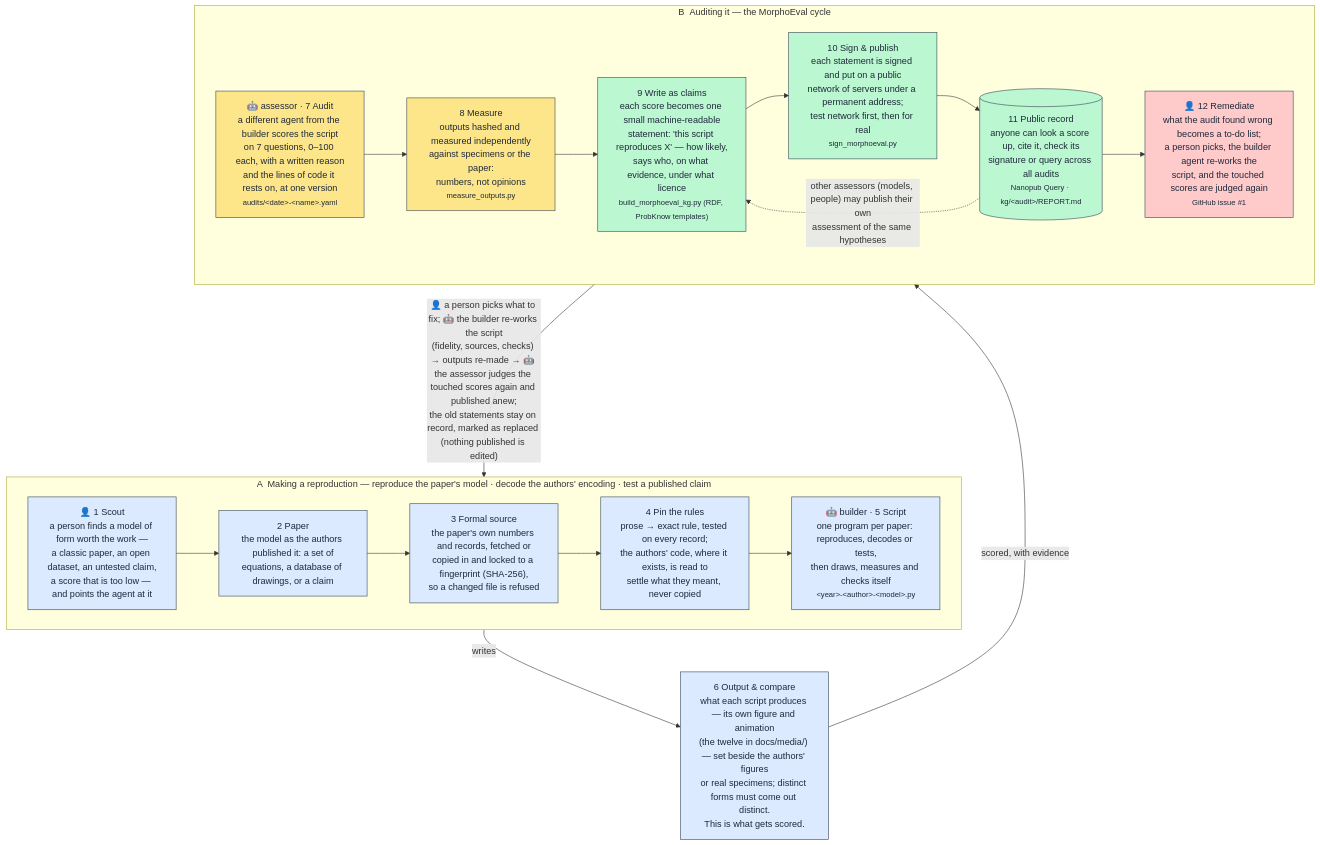
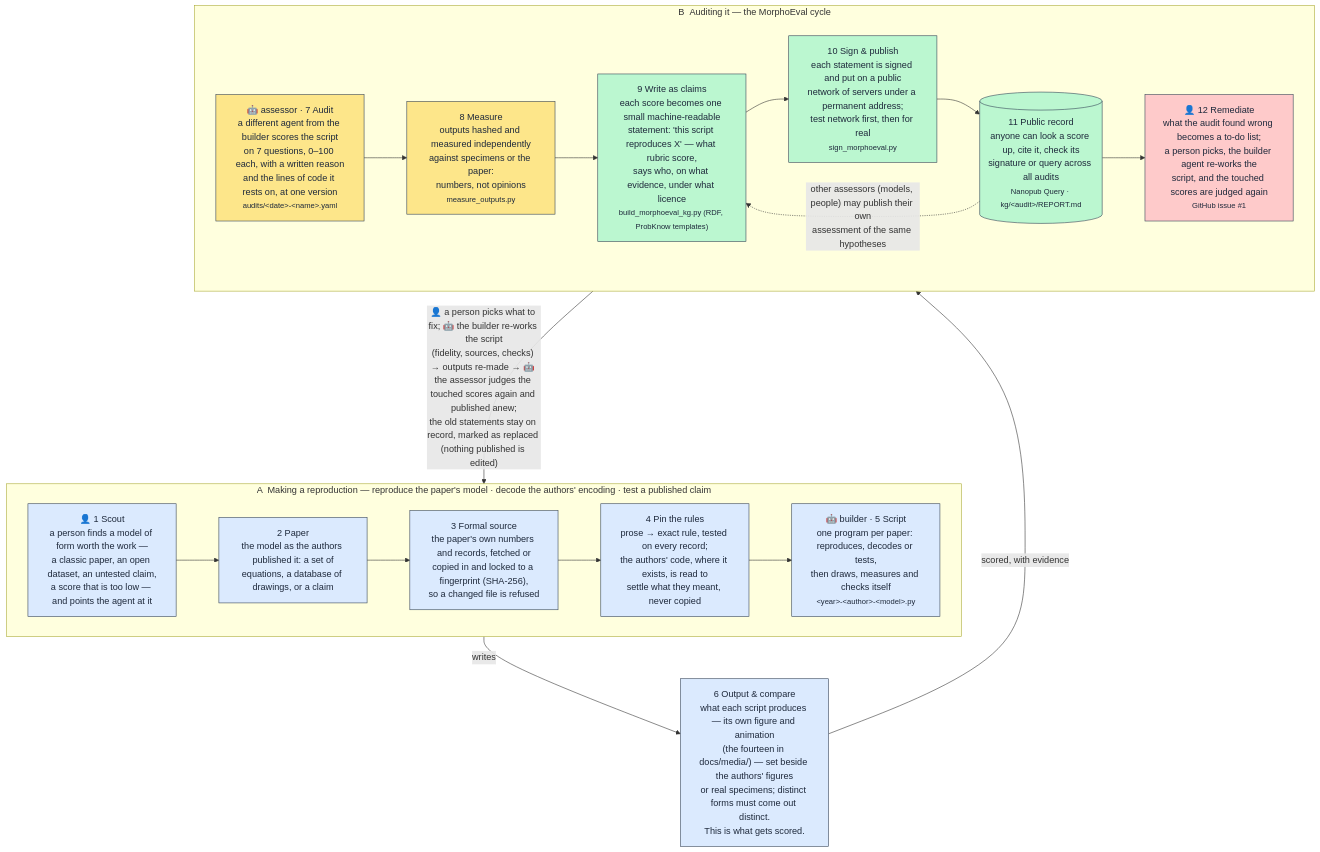
The diagram in morphoeval/README.md (fractastical/morpholib), drawn with Mermaid before and after one commit. The commit also changed other lines of this file and 20 other files, not shown here.

Commit message:
Add Zhang et al. (2025) sorting morphogenesis & Bressloff (2001) V1 form constants, update pipeline diagram & montage

````diff
--- a/morphoeval/README.md
+++ b/morphoeval/README.md
@@ -69,35 +67,35 @@
 ```mermaid
 flowchart TB
     classDef build fill:#dbeafe,stroke:#334155,color:#1e293b
     classDef eval fill:#fde68a,stroke:#334155,color:#1e293b
     classDef pub fill:#bbf7d0,stroke:#334155,color:#1e293b
     classDef loop fill:#fecaca,stroke:#334155,color:#1e293b
 
     subgraph A["A &nbsp;Making a reproduction — reproduce the paper's model · decode the authors' encoding · test a published claim"]
         direction LR
         SC["👤 1 Scout<br/>a person finds a model of form worth the work —<br/>a classic paper, an open dataset, an untested claim,<br/>a score that is too low — and points the agent at it"]:::build
         P["2 Paper<br/>the model as the authors published it: a set of<br/>equations, a database of drawings, or a claim"]:::build
         S["3 Formal source<br/>the paper's own numbers and records, fetched or<br/>copied in and locked to a fingerprint (SHA-256),<br/>so a changed file is refused"]:::build
         R["4 Pin the rules<br/>prose → exact rule, tested on every record;<br/>the authors' code, where it exists, is read to<br/>settle what they meant, never copied"]:::build
         X["🤖 builder · 5 Script<br/>one program per paper: reproduces, decodes or tests,<br/>then draws, measures and checks itself<br/><small>&lt;year&gt;-&lt;author&gt;-&lt;model&gt;.py</small>"]:::build
         SC --> P --> S --> R --> X
     end
 
-    O["6 Output &amp; compare<br/>what each script produces — its own figure and animation<br/>(the twelve in docs/media/) — set beside the authors' figures<br/>or real specimens; distinct forms must come out distinct.<br/>This is what gets scored."]:::build
+    O["6 Output &amp; compare<br/>what each script produces — its own figure and animation<br/>(the fourteen in docs/media/) — set beside the authors' figures<br/>or real specimens; distinct forms must come out distinct.<br/>This is what gets scored."]:::build
     X -- writes --> O
 
     subgraph B["B &nbsp;Auditing it — the MorphoEval cycle"]
         direction LR
         AU["🤖 assessor · 7 Audit<br/>a different agent from the builder scores the script<br/>on 7 questions, 0–100 each, with a written reason<br/>and the lines of code it rests on, at one version<br/><small>audits/&lt;date&gt;-&lt;name&gt;.yaml</small>"]:::eval
         M["8 Measure<br/>outputs hashed and measured independently<br/>against specimens or the paper:<br/>numbers, not opinions<br/><small>measure_outputs.py</small>"]:::eval
-        BG["9 Write as claims<br/>each score becomes one small machine-readable<br/>statement: 'this script reproduces X' — how likely,<br/>says who, on what evidence, under what licence<br/><small>build_morphoeval_kg.py (RDF, ProbKnow templates)</small>"]:::pub
+        BG["9 Write as claims<br/>each score becomes one small machine-readable<br/>statement: 'this script reproduces X' — what rubric score,<br/>says who, on what evidence, under what licence<br/><small>build_morphoeval_kg.py (RDF, ProbKnow templates)</small>"]:::pub
         PU["10 Sign &amp; publish<br/>each statement is signed and put on a public<br/>network of servers under a permanent address;<br/>test network first, then for real<br/><small>sign_morphoeval.py</small>"]:::pub
         G[("11 Public record<br/>anyone can look a score up, cite it, check its<br/>signature or query across all audits<br/><small>Nanopub Query · kg/&lt;audit&gt;/REPORT.md</small>")]:::pub
         T["👤 12 Remediate<br/>what the audit found wrong becomes a to-do list;<br/>a person picks, the builder agent re-works the<br/>script, and the touched scores are judged again<br/><small>GitHub issue #1</small>"]:::loop
         AU --> M --> BG --> PU --> G --> T
     end
 
     O -- scored, with evidence --> AU
     T -- "👤 a person picks what to fix; 🤖 the builder re-works the script<br/>(fidelity, sources, checks) → outputs re-made → 🤖 the assessor judges the touched scores again and published anew;<br/>the old statements stay on record, marked as replaced (nothing published is edited)" --> X
     G -. other assessors (models, people) may publish their own<br/>assessment of the same hypotheses .-> BG
 ```
````
